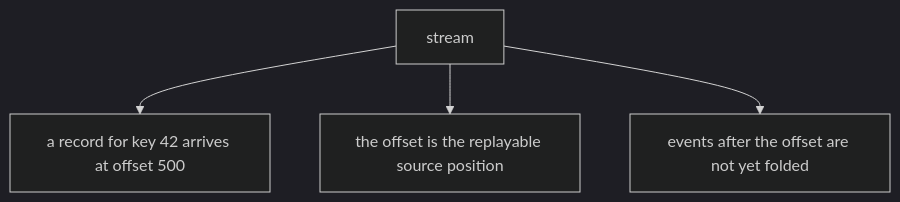
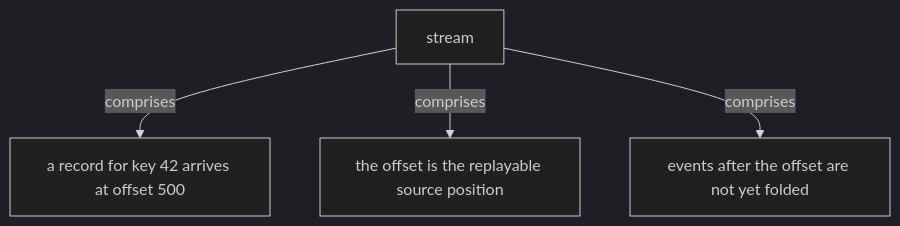
Before and after one commit to vinayakuber/streaming-systems-study-guide: the fourth of 19 diagrams in docs/ch07-the-practicalities-of-persistent-state.md, drawn with Mermaid (dark theme). The commit also changed other lines of this file and 22 other files, not shown here.

First line of the commit message:
R18: label every diagram arrow with its meaning

````diff
--- a/docs/ch07-the-practicalities-of-persistent-state.md
+++ b/docs/ch07-the-practicalities-of-persistent-state.md
@@ -143,7 +143,7 @@
 ```mermaid
 flowchart TD
   R["stream"]
-  R --> P0["a record for key 42 arrives at offset 500"]
-  R --> P1["the offset is the replayable source position"]
-  R --> P2["events after the offset are not yet folded"]
+  R -->|"comprises"| P0["a record for key 42 arrives at offset 500"]
+  R -->|"comprises"| P1["the offset is the replayable source position"]
+  R -->|"comprises"| P2["events after the offset are not yet folded"]
 ```
````
